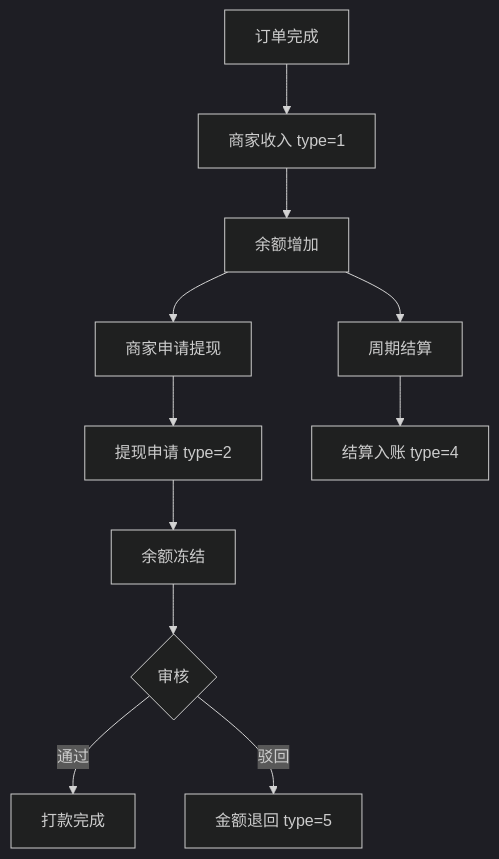
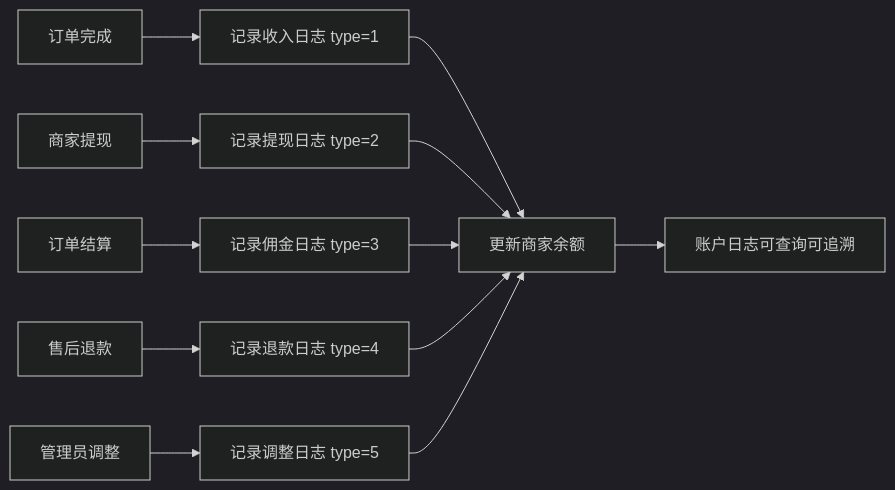
One commit to aliquanhou/tllos-mall changed the diagram in backend/resources/docs/modules/merchant/account-log.md. Above: the diagram before and after it, drawn with Mermaid (dark theme). The commit also changed other lines of this file and 7 other files, not shown here.

````diff
--- a/backend/resources/docs/modules/merchant/account-log.md
+++ b/backend/resources/docs/modules/merchant/account-log.md
@@ -44,13 +50,14 @@
 ```mermaid
-flowchart TD
-    A[订单完成] --> B[商家收入 type=1]
-    B --> C[余额增加]
-    C --> D[商家申请提现]
-    D --> E[提现申请 type=2]
-    E --> F[余额冻结]
-    F --> G{审核}
-    G -->|通过| H[打款完成]
-    G -->|驳回| I[金额退回 type=5]
-    C --> J[周期结算]
-    J --> K[结算入账 type=4]
+flowchart LR
+    A[订单完成] --> B[记录收入日志 type=1]
+    C[商家提现] --> D[记录提现日志 type=2]
+    E[订单结算] --> F[记录佣金日志 type=3]
+    G[售后退款] --> H[记录退款日志 type=4]
+    I[管理员调整] --> J[记录调整日志 type=5]
+    B --> K[更新商家余额]
+    D --> K
+    F --> K
+    H --> K
+    J --> K
+    K --> L[账户日志可查询可追溯]
 ```
````
